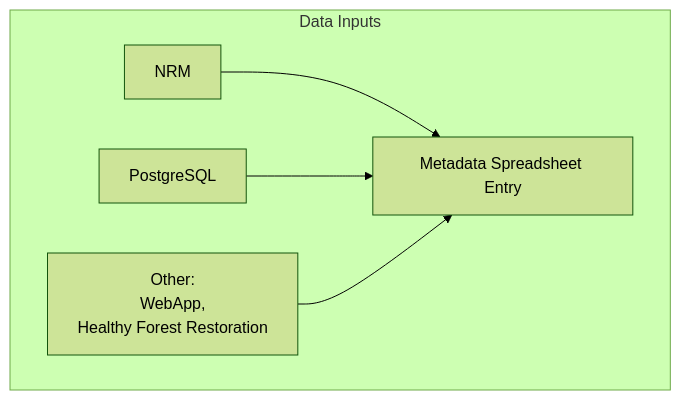
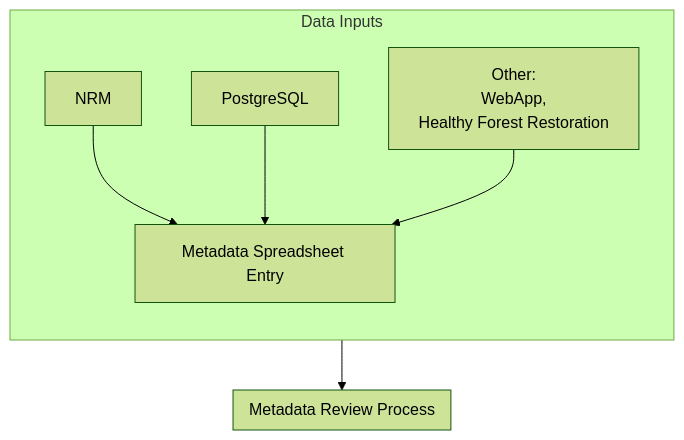
One commit to forestbytes/catalog changed the diagram in docs/metadata-architecture.md. Above: the diagram before and after it, drawn with Mermaid (forest theme).

Commit message:
Basic architecture

````diff
--- a/docs/metadata-architecture.md
+++ b/docs/metadata-architecture.md
@@ -1,15 +1,20 @@
 ```mermaid
 
 flowchart TB
   subgraph DataInputs[Data Inputs]
-      direction LR
+      direction TB
       NRM --> MetadataSpreadsheetEntry[Metadata Spreadsheet Entry]
       PostgreSQL --> MetadataSpreadsheetEntry
       Other[
         Other:
         WebApp, 
         Healthy Forest Restoration
       ] --> MetadataSpreadsheetEntry
       MetadataSpreadsheetEntry
   end
+
+  subgraph Review[Metadata Review Process]
+  end
+
+  MetadataSpreadsheetEntry --> Review
 ```
````
